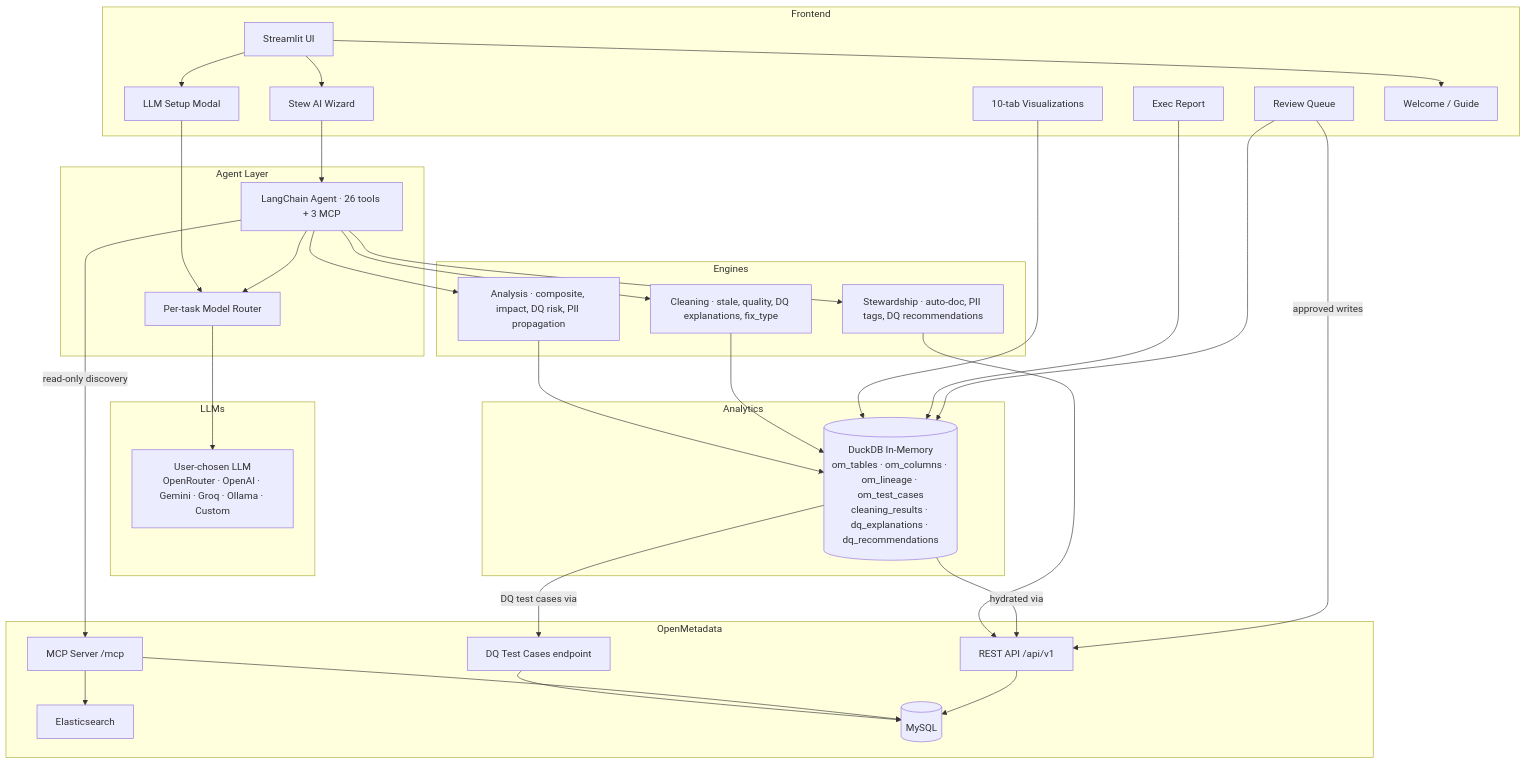
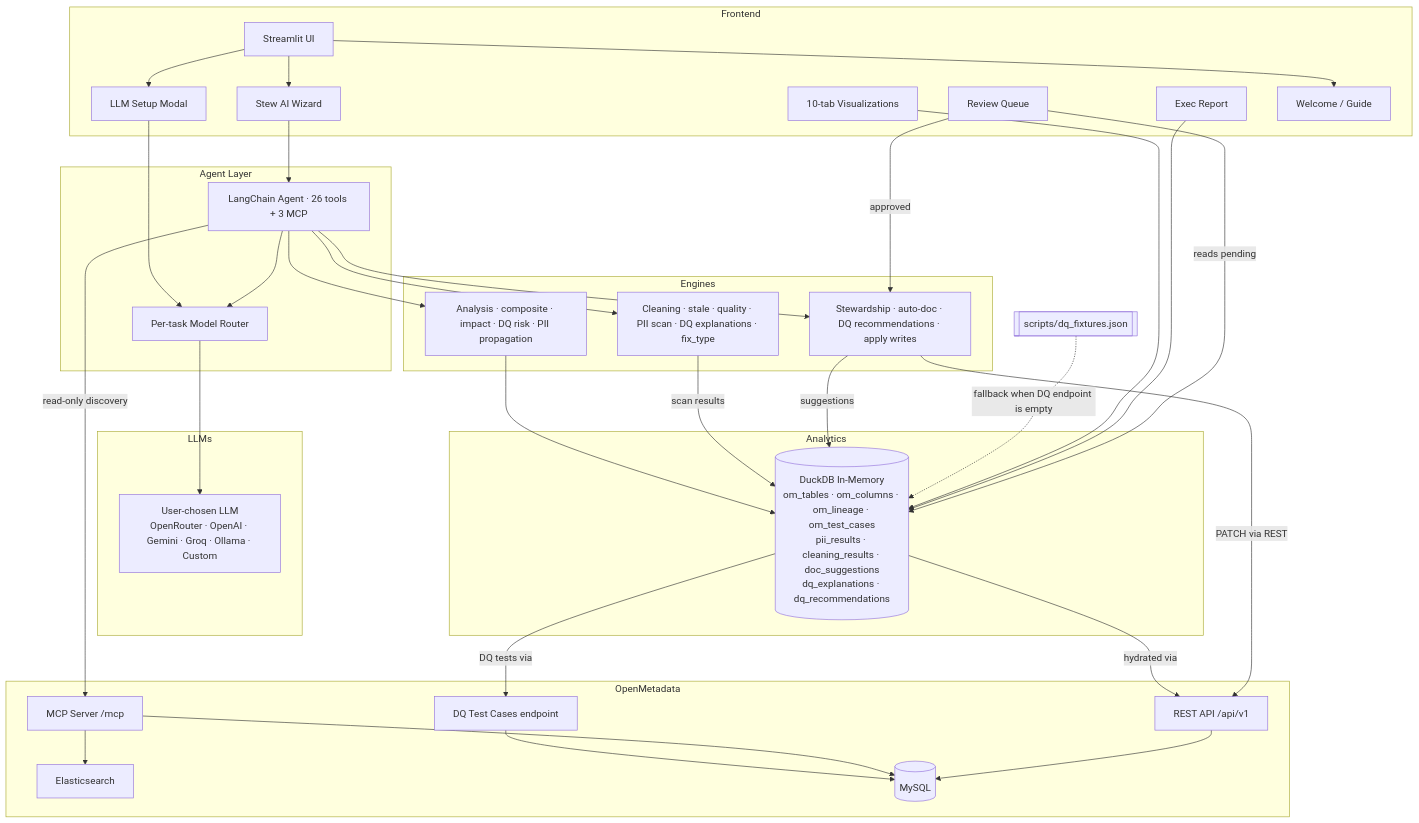
One commit to blueberrylinux/metasift changed the diagram in README.md. Above: the diagram before and after it, drawn with Mermaid.

First paragraph of the commit message:
docs: bring the README architecture diagram in sync with the codebase
Three real inaccuracies caught while auditing the mermaid diagram
against the engines:

````diff
--- a/README.md
+++ b/README.md
@@ -137,64 +137,68 @@
 ```mermaid
 graph TB
     subgraph Frontend
         UI[Streamlit UI]
         Stew[Stew AI Wizard]
         Viz[10-tab Visualizations]
         RQ[Review Queue]
         Rep[Exec Report]
         LLMSetup[LLM Setup Modal]
         Guide[Welcome / Guide]
     end
 
     subgraph Agent Layer
         Agent[LangChain Agent · 26 tools + 3 MCP]
         MR[Per-task Model Router]
     end
 
     subgraph Engines
-        AE[Analysis · composite, impact, DQ risk, PII propagation]
-        SE[Stewardship · auto-doc, PII tags, DQ recommendations]
-        CE[Cleaning · stale, quality, DQ explanations, fix_type]
+        AE[Analysis · composite · impact · DQ risk · PII propagation]
+        SE[Stewardship · auto-doc · DQ recommendations · apply writes]
+        CE[Cleaning · stale · quality · PII scan · DQ explanations · fix_type]
     end
 
     subgraph OpenMetadata
         MCP[MCP Server /mcp]
         REST[REST API /api/v1]
         DQ[DQ Test Cases endpoint]
         ES[Elasticsearch]
         DB[(MySQL)]
     end
 
     subgraph LLMs
         OR[User-chosen LLM\nOpenRouter · OpenAI · Gemini · Groq · Ollama · Custom]
     end
 
     subgraph Analytics
-        DDB[(DuckDB In-Memory\nom_tables · om_columns · om_lineage · om_test_cases\ncleaning_results · dq_explanations · dq_recommendations)]
+        DDB[(DuckDB In-Memory\nom_tables · om_columns · om_lineage · om_test_cases\npii_results · cleaning_results · doc_suggestions\ndq_explanations · dq_recommendations)]
     end
+
+    Fixture[[scripts/dq_fixtures.json]]
 
     UI --> Stew
     UI --> LLMSetup
     UI --> Guide
     LLMSetup --> MR
     Stew --> Agent
     Agent --> MR
     MR --> OR
     Agent --> AE
     Agent --> SE
     Agent --> CE
     Agent -->|read-only discovery| MCP
     AE --> DDB
-    CE --> DDB
-    SE --> REST
+    CE -->|scan results| DDB
+    SE -->|suggestions| DDB
     DDB -->|hydrated via| REST
-    DDB -->|DQ test cases via| DQ
+    DDB -->|DQ tests via| DQ
+    Fixture -.->|fallback when DQ endpoint is empty| DDB
     DQ --> DB
     MCP --> ES
     MCP --> DB
     REST --> DB
     Viz --> DDB
     Rep --> DDB
-    RQ --> DDB
-    RQ -->|approved writes| REST
+    RQ -->|reads pending| DDB
+    RQ -->|approved| SE
+    SE -->|PATCH via REST| REST
 ```
````
